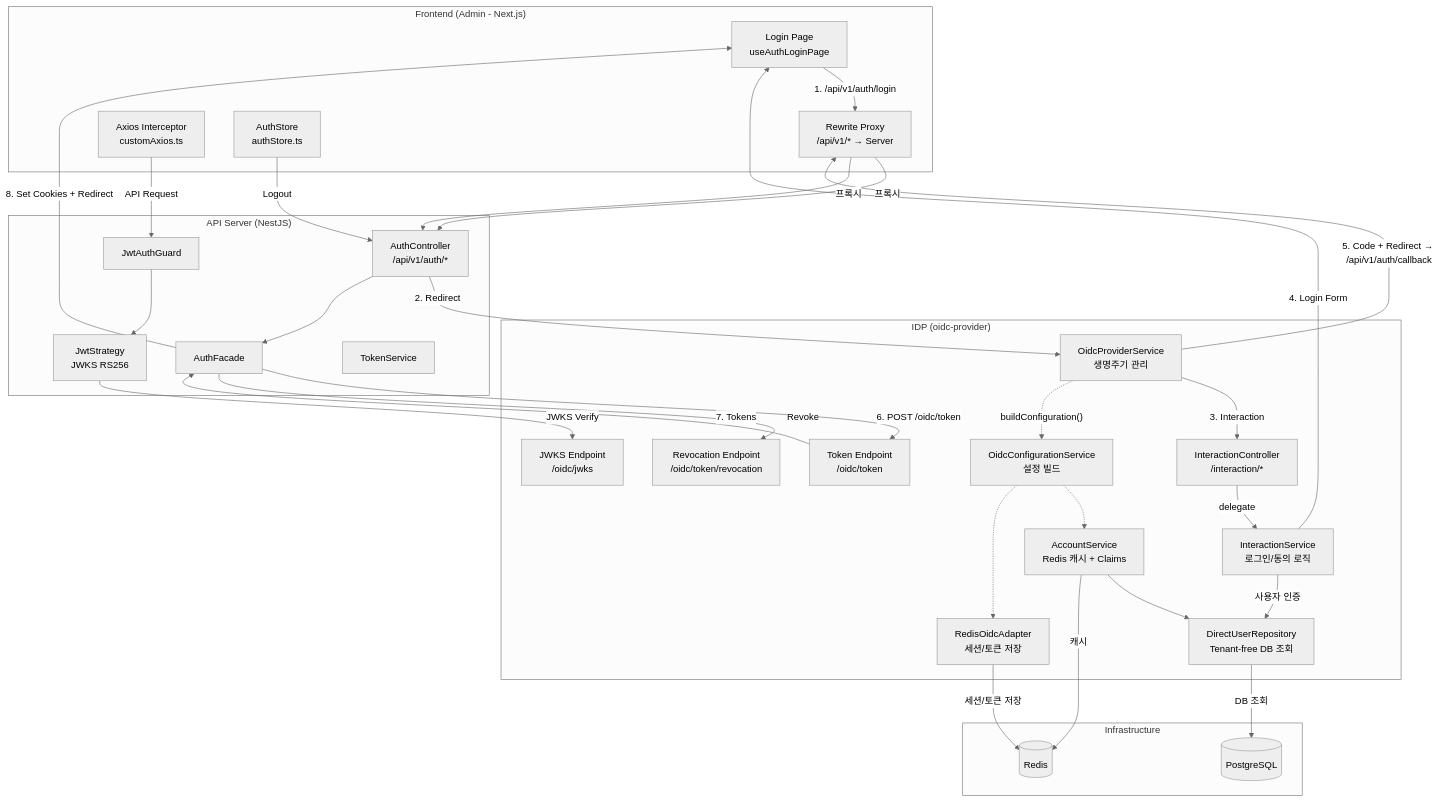
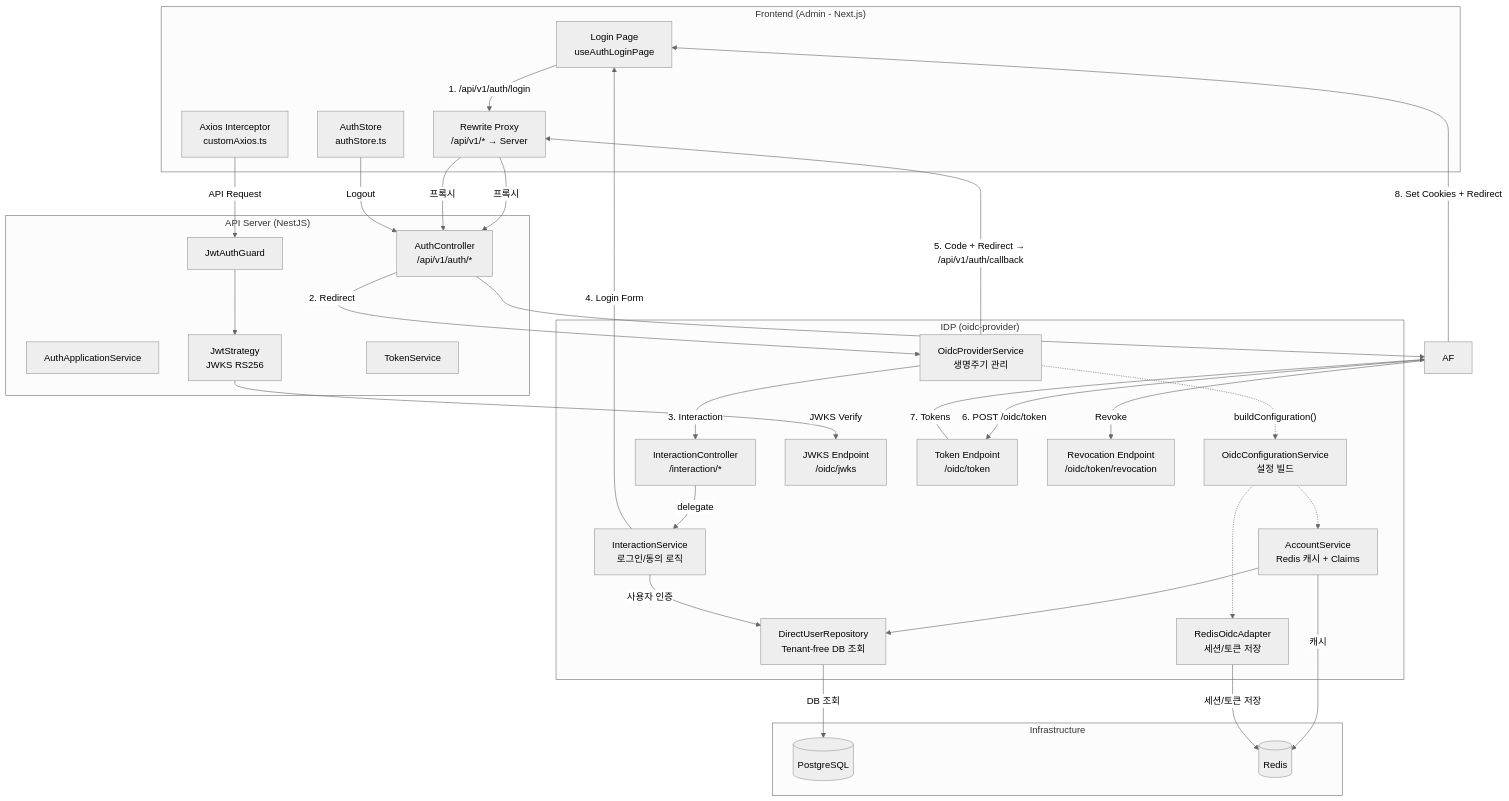
One commit to kimjoongwon/prj-core changed the fifth of 5 diagrams in packages/be-common/_spec/auth-security/oidc-auth-flow.md. Above: the diagram before and after it, drawn with Mermaid (neutral theme). The commit also changed other lines of this file and 847 other files, not shown here.

````diff
--- a/packages/be-common/_spec/auth-security/oidc-auth-flow.md
+++ b/packages/be-common/_spec/auth-security/oidc-auth-flow.md
@@ -372,64 +372,64 @@
 ```mermaid
 graph TB
     subgraph "Frontend (Admin - Next.js)"
         LP[Login Page<br/>useAuthLoginPage]
         RW[Rewrite Proxy<br/>/api/v1/* → Server]
         AX[Axios Interceptor<br/>customAxios.ts]
         AS[AuthStore<br/>authStore.ts]
     end
 
     subgraph "API Server (NestJS)"
         AC[AuthController<br/>/api/v1/auth/*]
-        AF[AuthFacade]
+        AAS[AuthApplicationService]
         JG[JwtAuthGuard]
         JS[JwtStrategy<br/>JWKS RS256]
         TS[TokenService]
     end
 
     subgraph "IDP (oidc-provider)"
         OPS[OidcProviderService<br/>생명주기 관리]
         OCS[OidcConfigurationService<br/>설정 빌드]
         IC[InteractionController<br/>/interaction/*]
         IS[InteractionService<br/>로그인/동의 로직]
         ACS[AccountService<br/>Redis 캐시 + Claims]
         DUR[DirectUserRepository<br/>Tenant-free DB 조회]
         ROA[RedisOidcAdapter<br/>세션/토큰 저장]
         JWKS[JWKS Endpoint<br/>/oidc/jwks]
         TE[Token Endpoint<br/>/oidc/token]
         RE[Revocation Endpoint<br/>/oidc/token/revocation]
     end
 
     subgraph "Infrastructure"
         DB[(PostgreSQL)]
         RD[(Redis)]
     end
 
     LP -->|"1. /api/v1/auth/login"| RW
     RW -->|"프록시"| AC
     AC -->|"2. Redirect"| OPS
     OPS -->|"3. Interaction"| IC
     IC -->|"delegate"| IS
     IS -->|"4. Login Form"| LP
     OPS -->|"5. Code + Redirect → /api/v1/auth/callback"| RW
     RW -->|"프록시"| AC
     AC --> AF
     AF -->|"6. POST /oidc/token"| TE
     TE -->|"7. Tokens"| AF
     AF -->|"8. Set Cookies + Redirect"| LP
 
     AX -->|"API Request"| JG
     JG --> JS
     JS -->|"JWKS Verify"| JWKS
 
     AS -->|"Logout"| AC
     AF -->|"Revoke"| RE
 
     OPS -.->|"buildConfiguration()"| OCS
     OCS -.-> ACS
     OCS -.-> ROA
     ACS --> DUR
     ACS -->|"캐시"| RD
     DUR -->|"DB 조회"| DB
     IS -->|"사용자 인증"| DUR
     ROA -->|"세션/토큰 저장"| RD
 ```
````
